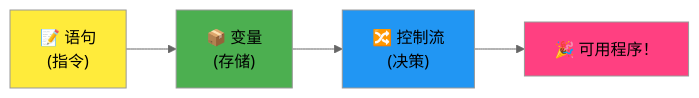
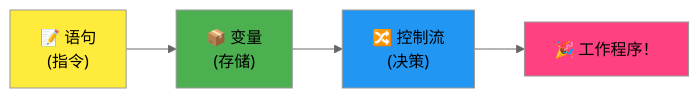
Before and after one commit to microsoft/Web-Dev-For-Beginners: the fourth of 7 diagrams in translations/zh-CN/1-getting-started-lessons/1-intro-to-programming-languages/README.md, drawn with Mermaid (neutral theme). The commit also changed other lines of this file and 11 other files, not shown here.

````diff
--- a/translations/zh-CN/1-getting-started-lessons/1-intro-to-programming-languages/README.md
+++ b/translations/zh-CN/1-getting-started-lessons/1-intro-to-programming-languages/README.md
@@ -465,9 +468,9 @@
 ```mermaid
 flowchart LR
-    A["📝 语句<br/>(指令)"] --> B["📦 变量<br/>(存储)"] --> C["🔀 控制流<br/>(决策)"] --> D["🎉 可用程序！"]
+    A["📝 语句<br/>(指令)"] --> B["📦 变量<br/>(存储)"] --> C["🔀 控制流<br/>(决策)"] --> D["🎉 工作程序！"]
     
     style A fill:#ffeb3b
     style B fill:#4caf50
     style C fill:#2196f3
     style D fill:#ff4081
 ```
````
